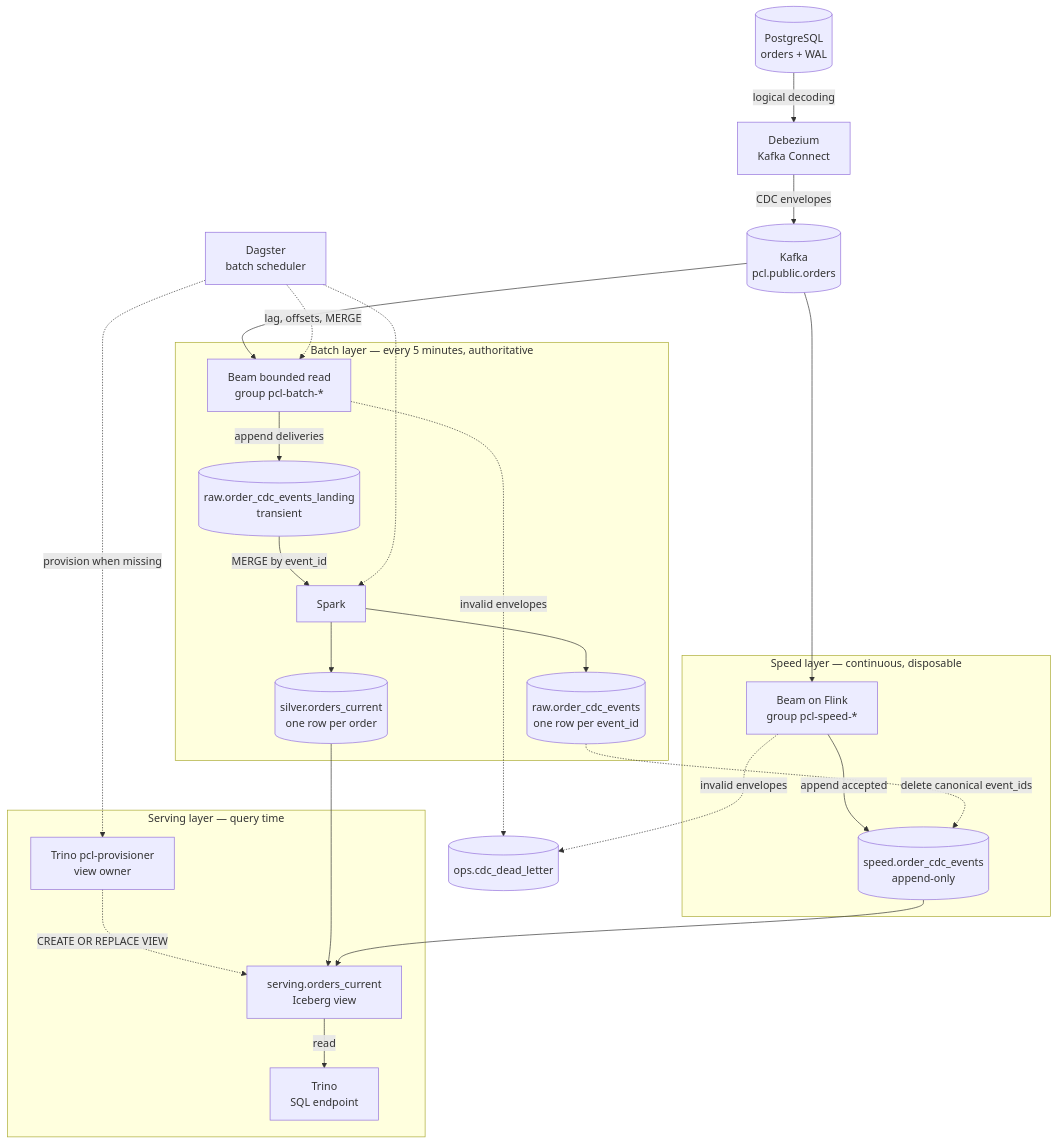
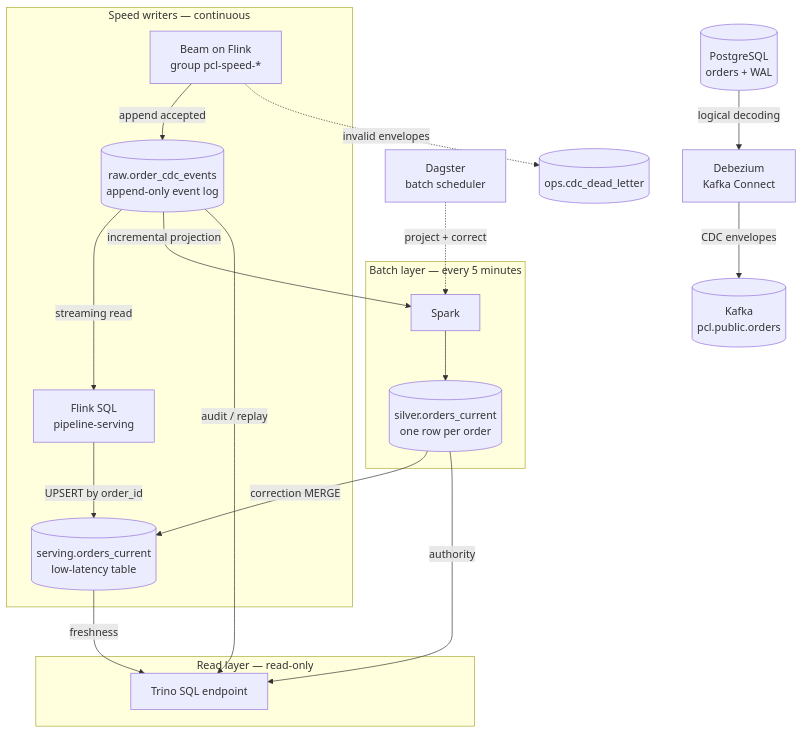
Before and after one commit to sergio11/portable_cdc_lakehouse_poc: the first of 2 diagrams in README.md, drawn with Mermaid. The commit also changed other lines of this file and 33 other files, not shown here.

First line of the commit message:
docs(readme): converge real numbers for speed+batch sync

````diff
--- a/README.md
+++ b/README.md
@@ -80,45 +75,33 @@
 ```mermaid
 flowchart TD
     PG[(PostgreSQL<br/>orders + WAL)] -->|logical decoding| DBZ[Debezium<br/>Kafka Connect]
     DBZ -->|CDC envelopes| K[(Kafka<br/>pcl.public.orders)]
 
-    subgraph SPEED["Speed layer — continuous, disposable"]
+    subgraph SPEED["Speed writers — continuous"]
         SF[Beam on Flink<br/>group pcl-speed-*]
-        ST[(speed.order_cdc_events<br/>append-only)]
-        SF -->|append accepted| ST
+        LOG[(raw.order_cdc_events<br/>append-only event log)]
+        SV[Flink SQL<br/>pipeline-serving]
+        SF -->|append accepted| LOG
+        LOG -->|streaming read| SV
+        SV -->|UPSERT by order_id| SERVING[(serving.orders_current<br/>low-latency table)]
     end
 
-    subgraph BATCH["Batch layer — every 5 minutes, authoritative"]
-        BB[Beam bounded read<br/>group pcl-batch-*]
-        LAND[(raw.order_cdc_events_landing<br/>transient)]
+    subgraph BATCH["Batch layer — every 5 minutes"]
         SPK[Spark]
-        RAW[(raw.order_cdc_events<br/>one row per event_id)]
         SILVER[(silver.orders_current<br/>one row per order)]
-        BB -->|append deliveries| LAND
-        LAND -->|MERGE by event_id| SPK
-        SPK --> RAW
+        LOG -->|incremental projection| SPK
         SPK --> SILVER
+        SILVER -->|correction MERGE| SERVING
     end
 
-    subgraph SERVING["Serving layer — query time"]
-        VIEW[serving.orders_current<br/>Iceberg view]
-        TRINO[Trino<br/>SQL endpoint]
-        PROV[Trino pcl-provisioner<br/>view owner]
-        VIEW -->|read| TRINO
-        PROV -.->|CREATE OR REPLACE VIEW| VIEW
+    subgraph READ["Read layer — read-only"]
+        TRINO[Trino SQL endpoint]
+        SERVING -->|freshness| TRINO
+        SILVER -->|authority| TRINO
+        LOG -->|audit / replay| TRINO
     end
-
-    K --> SF
-    K --> BB
-    RAW -.->|delete canonical event_ids| ST
-    SILVER --> VIEW
-    ST --> VIEW
 
     DLQ[(ops.cdc_dead_letter)]
     SF -.->|invalid envelopes| DLQ
-    BB -.->|invalid envelopes| DLQ
-
-    DAG[Dagster<br/>batch scheduler] -.->|lag, offsets, MERGE| BB
-    DAG -.-> SPK
-    DAG -.->|provision when missing| PROV
+    DAG[Dagster<br/>batch scheduler] -.->|project + correct| SPK
 ```
````
